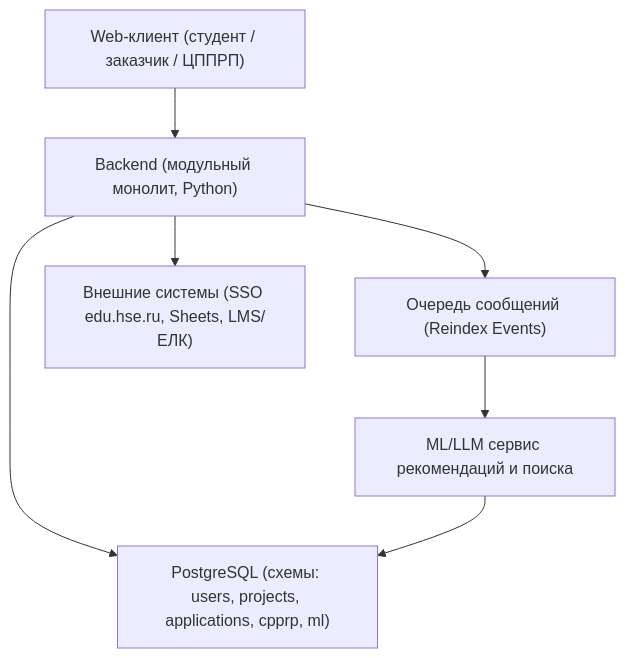
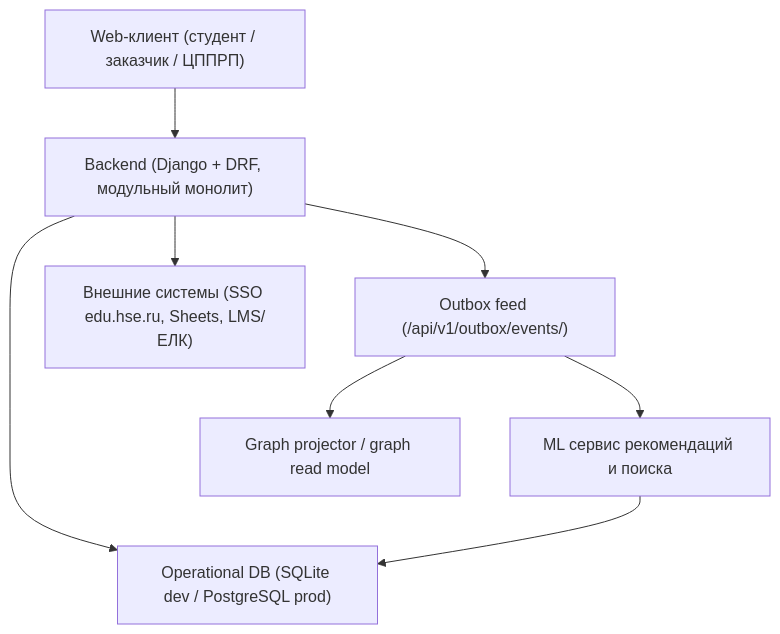
One commit to krevetka-is-afk/Digital-Student-Assistant changed the first of 2 diagrams in docs/10 architectural decision.md. Above: the diagram before and after it, drawn with Mermaid. The commit also changed other lines of this file and 19 other files, not shown here.

First line of the commit message:
refactor: update README and architectural decisions to reflect Django + DRF implementation

````diff
--- a/docs/10 architectural decision.md
+++ b/docs/10 architectural decision.md
@@ -11,16 +11,18 @@
 ```mermaid
 graph TD
     UI["Web-клиент (студент / заказчик / ЦППРП)"]
-    API["Backend (модульный монолит, Python)"]
-    DB["PostgreSQL (схемы: users, projects, applications, cpprp, ml)"]
-    MQ["Очередь сообщений (Reindex Events)"]
-    MLS["ML/LLM сервис рекомендаций и поиска"]
+    API["Backend (Django + DRF, модульный монолит)"]
+    DB["Operational DB (SQLite dev / PostgreSQL prod)"]
+    OUTBOX["Outbox feed (/api/v1/outbox/events/)"]
+    MLS["ML сервис рекомендаций и поиска"]
+    GRAPH["Graph projector / graph read model"]
     EXT["Внешние системы (SSO edu.hse.ru, Sheets, LMS/ЕЛК)"]
 
     UI --> API
     API --> DB
-    API --> MQ
+    API --> OUTBOX
     API --> EXT
-    MQ --> MLS
+    OUTBOX --> MLS
+    OUTBOX --> GRAPH
     MLS --> DB
 ```
````
